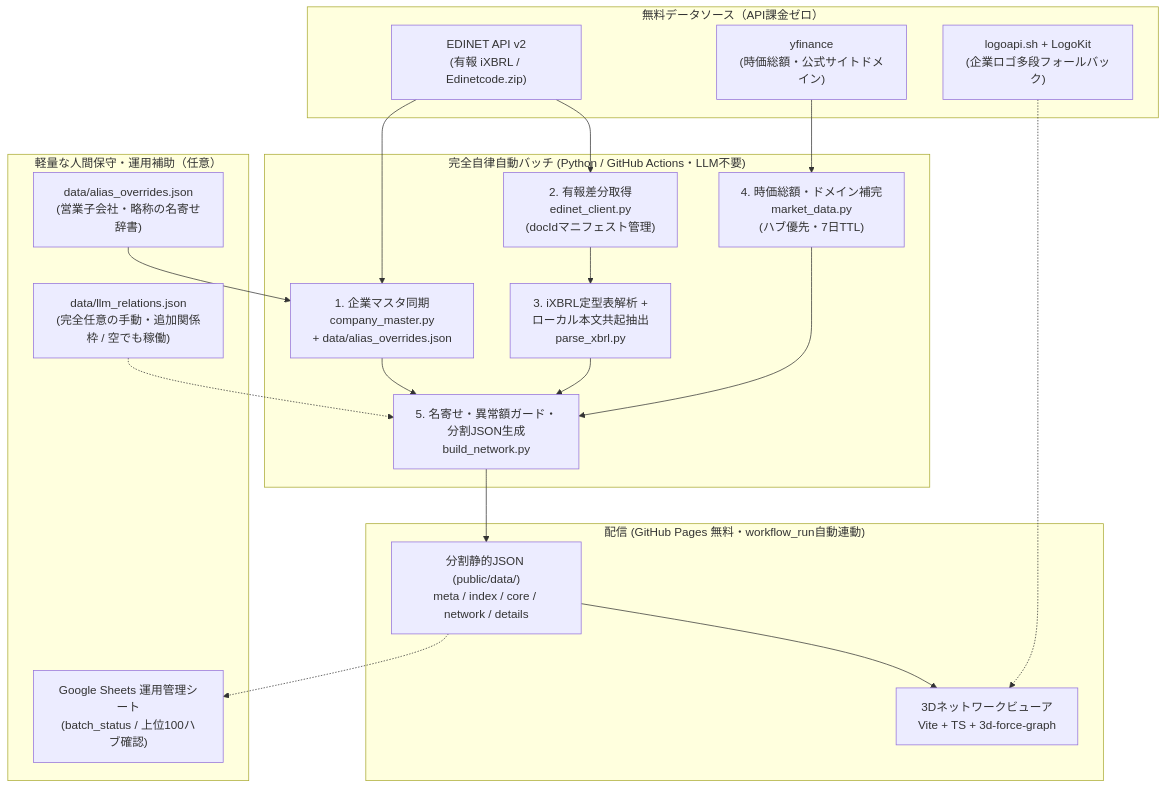
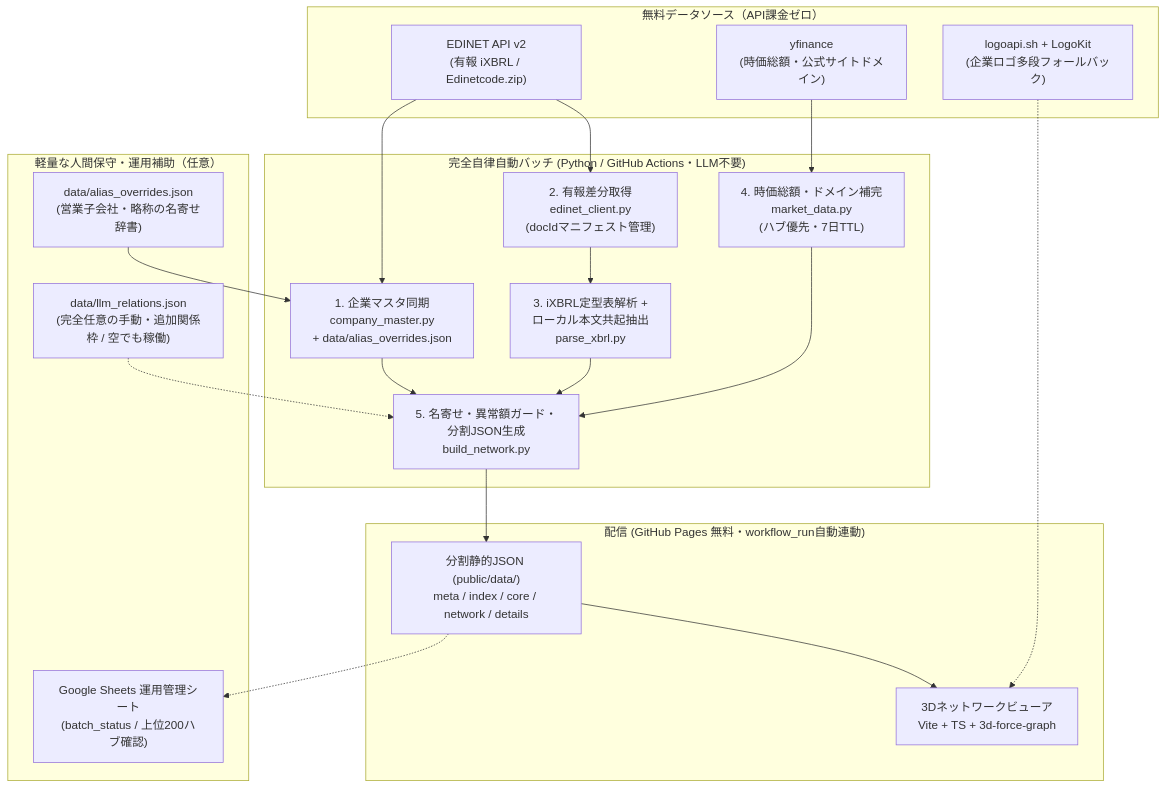
The diagram in docs/SPEC.md (Asoka501/Git_stock_networkmap), drawn with Mermaid before and after one commit. The commit also changed other lines of this file and 13 other files, not shown here.

````diff
--- a/docs/SPEC.md
+++ b/docs/SPEC.md
@@ -31,36 +31,36 @@
 ```mermaid
 flowchart TB
   subgraph Sources["無料データソース（API課金ゼロ）"]
     EDINET["EDINET API v2<br/>(有報 iXBRL / Edinetcode.zip)"]
     YF["yfinance<br/>(時価総額・公式サイトドメイン)"]
     LOGO["logoapi.sh + LogoKit<br/>(企業ロゴ多段フォールバック)"]
   end
 
   subgraph Pipeline["完全自律自動バッチ (Python / GitHub Actions・LLM不要)"]
     MASTER["1. 企業マスタ同期<br/>company_master.py<br/>+ data/alias_overrides.json"]
     FETCH["2. 有報差分取得<br/>edinet_client.py<br/>(docIdマニフェスト管理)"]
     PARSE["3. iXBRL定型表解析 +<br/>ローカル本文共起抽出<br/>parse_xbrl.py"]
     MCAP["4. 時価総額・ドメイン補完<br/>market_data.py<br/>(ハブ優先・7日TTL)"]
     BUILD["5. 名寄せ・異常額ガード・<br/>分割JSON生成<br/>build_network.py"]
   end
 
   subgraph Ops["軽量な人間保守・運用補助（任意）"]
     ALIAS["data/alias_overrides.json<br/>(営業子会社・略称の名寄せ辞書)"]
-    SHEETS["Google Sheets 運用管理シート<br/>(batch_status / 上位100ハブ確認)"]
+    SHEETS["Google Sheets 運用管理シート<br/>(batch_status / 上位200ハブ確認)"]
     OPT["data/llm_relations.json<br/>(完全任意の手動・追加関係枠 / 空でも稼働)"]
   end
 
   subgraph Delivery["配信 (GitHub Pages 無料・workflow_run自動連動)"]
     STATIC["分割静的JSON (public/data/)<br/>meta / index / core / network / details"]
     APP["3Dネットワークビューア<br/>Vite + TS + 3d-force-graph"]
   end
 
   EDINET --> MASTER --> BUILD
   EDINET --> FETCH --> PARSE --> BUILD
   YF --> MCAP --> BUILD
   ALIAS --> MASTER
   OPT -.-> BUILD
   BUILD --> STATIC --> APP
   STATIC -.-> SHEETS
   LOGO -.-> APP
 ```
````
